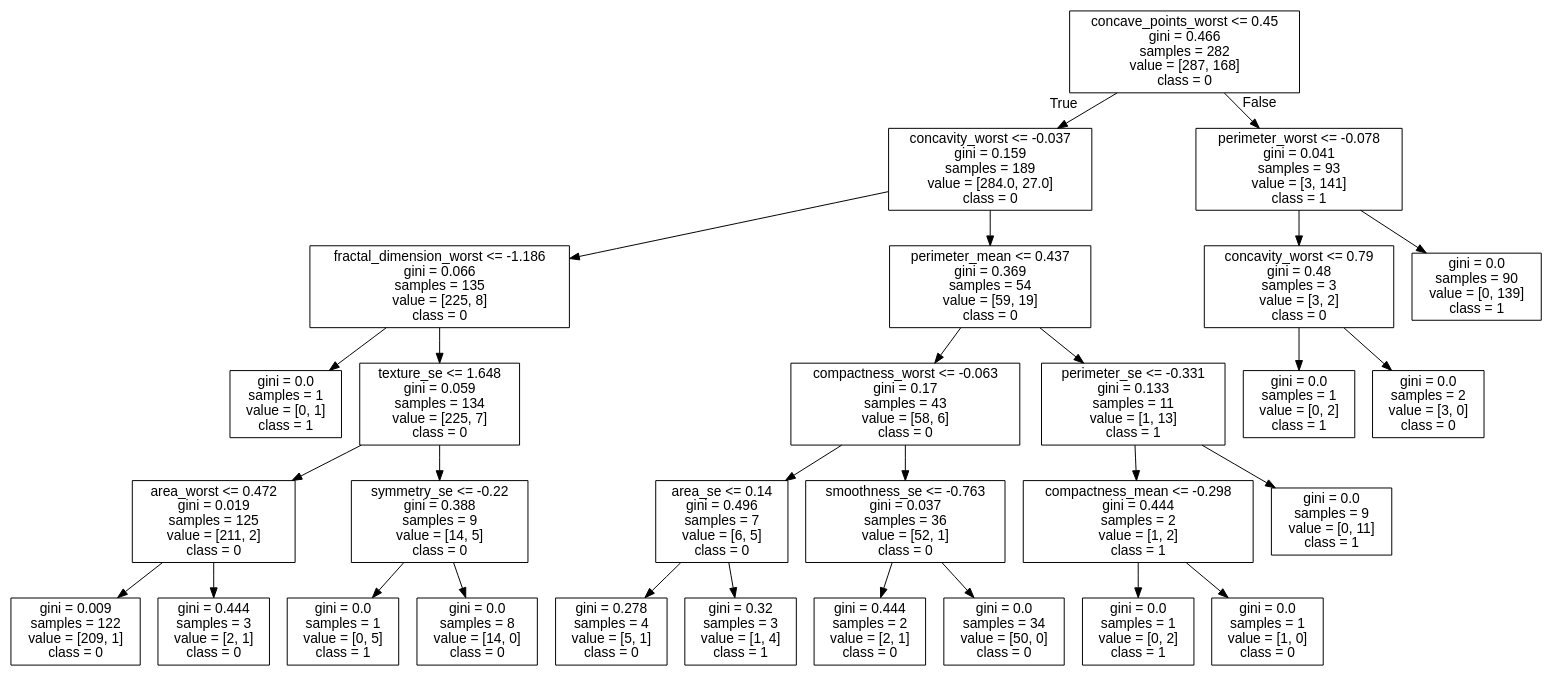
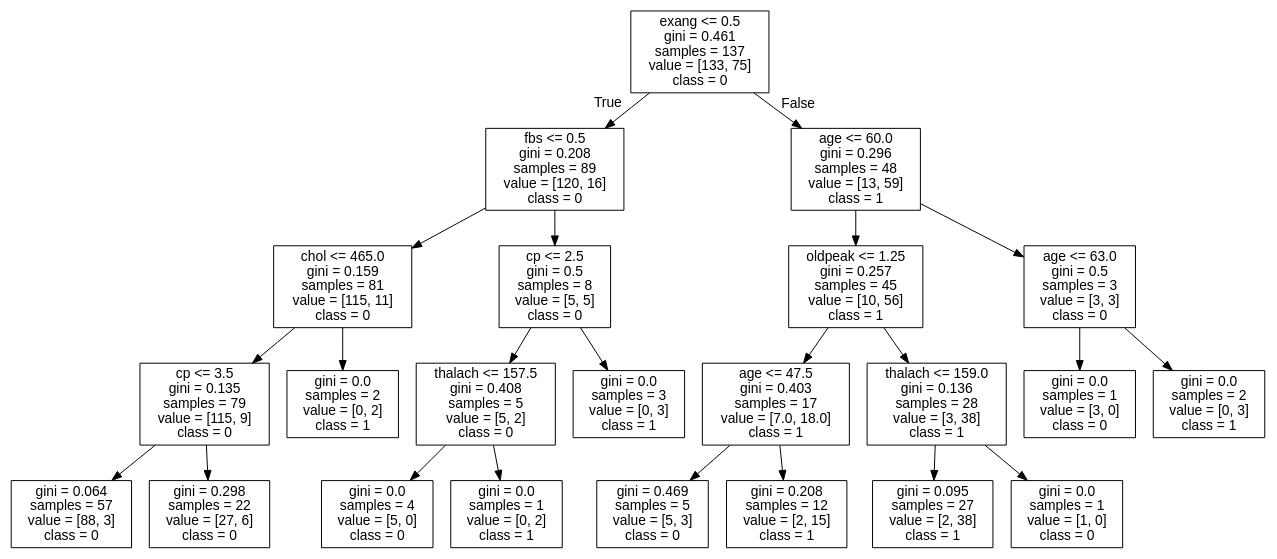
Before and after one commit to cyrilvincent/ML: the diagram in data/breast-cancer/tree.dot, drawn with Graphviz. The commit also changed 1 other file, not shown here.

```diff
--- a/data/breast-cancer/tree.dot
+++ b/data/breast-cancer/tree.dot
@@ -1,61 +1,49 @@
 digraph Tree {
 node [shape=box, fontname="helvetica"] ;
 edge [fontname="helvetica"] ;
-0 [label="concave_points_worst <= 0.45\ngini = 0.466\nsamples = 282\nvalue = [287, 168]\nclass = 0"] ;
-1 [label="concavity_worst <= -0.037\ngini = 0.159\nsamples = 189\nvalue = [284.0, 27.0]\nclass = 0"] ;
+0 [label="exang <= 0.5\ngini = 0.461\nsamples = 137\nvalue = [133, 75]\nclass = 0"] ;
+1 [label="fbs <= 0.5\ngini = 0.208\nsamples = 89\nvalue = [120, 16]\nclass = 0"] ;
 0 -> 1 [labeldistance=2.5, labelangle=45, headlabel="True"] ;
-2 [label="fractal_dimension_worst <= -1.186\ngini = 0.066\nsamples = 135\nvalue = [225, 8]\nclass = 0"] ;
+2 [label="chol <= 465.0\ngini = 0.159\nsamples = 81\nvalue = [115, 11]\nclass = 0"] ;
 1 -> 2 ;
-3 [label="gini = 0.0\nsamples = 1\nvalue = [0, 1]\nclass = 1"] ;
+3 [label="cp <= 3.5\ngini = 0.135\nsamples = 79\nvalue = [115, 9]\nclass = 0"] ;
 2 -> 3 ;
-4 [label="texture_se <= 1.648\ngini = 0.059\nsamples = 134\nvalue = [225, 7]\nclass = 0"] ;
-2 -> 4 ;
-5 [label="area_worst <= 0.472\ngini = 0.019\nsamples = 125\nvalue = [211, 2]\nclass = 0"] ;
-4 -> 5 ;
-6 [label="gini = 0.009\nsamples = 122\nvalue = [209, 1]\nclass = 0"] ;
-5 -> 6 ;
-7 [label="gini = 0.444\nsamples = 3\nvalue = [2, 1]\nclass = 0"] ;
-5 -> 7 ;
-8 [label="symmetry_se <= -0.22\ngini = 0.388\nsamples = 9\nvalue = [14, 5]\nclass = 0"] ;
-4 -> 8 ;
-9 [label="gini = 0.0\nsamples = 1\nvalue = [0, 5]\nclass = 1"] ;
+4 [label="gini = 0.064\nsamples = 57\nvalue = [88, 3]\nclass = 0"] ;
+3 -> 4 ;
+5 [label="gini = 0.298\nsamples = 22\nvalue = [27, 6]\nclass = 0"] ;
+3 -> 5 ;
+6 [label="gini = 0.0\nsamples = 2\nvalue = [0, 2]\nclass = 1"] ;
+2 -> 6 ;
+7 [label="cp <= 2.5\ngini = 0.5\nsamples = 8\nvalue = [5, 5]\nclass = 0"] ;
+1 -> 7 ;
+8 [label="thalach <= 157.5\ngini = 0.408\nsamples = 5\nvalue = [5, 2]\nclass = 0"] ;
+7 -> 8 ;
+9 [label="gini = 0.0\nsamples = 4\nvalue = [5, 0]\nclass = 0"] ;
 8 -> 9 ;
-10 [label="gini = 0.0\nsamples = 8\nvalue = [14, 0]\nclass = 0"] ;
+10 [label="gini = 0.0\nsamples = 1\nvalue = [0, 2]\nclass = 1"] ;
 8 -> 10 ;
-11 [label="perimeter_mean <= 0.437\ngini = 0.369\nsamples = 54\nvalue = [59, 19]\nclass = 0"] ;
-1 -> 11 ;
-12 [label="compactness_worst <= -0.063\ngini = 0.17\nsamples = 43\nvalue = [58, 6]\nclass = 0"] ;
-11 -> 12 ;
-13 [label="area_se <= 0.14\ngini = 0.496\nsamples = 7\nvalue = [6, 5]\nclass = 0"] ;
+11 [label="gini = 0.0\nsamples = 3\nvalue = [0, 3]\nclass = 1"] ;
+7 -> 11 ;
+12 [label="age <= 60.0\ngini = 0.296\nsamples = 48\nvalue = [13, 59]\nclass = 1"] ;
+0 -> 12 [labeldistance=2.5, labelangle=-45, headlabel="False"] ;
+13 [label="oldpeak <= 1.25\ngini = 0.257\nsamples = 45\nvalue = [10, 56]\nclass = 1"] ;
 12 -> 13 ;
-14 [label="gini = 0.278\nsamples = 4\nvalue = [5, 1]\nclass = 0"] ;
+14 [label="age <= 47.5\ngini = 0.403\nsamples = 17\nvalue = [7.0, 18.0]\nclass = 1"] ;
 13 -> 14 ;
-15 [label="gini = 0.32\nsamples = 3\nvalue = [1, 4]\nclass = 1"] ;
-13 -> 15 ;
-16 [label="smoothness_se <= -0.763\ngini = 0.037\nsamples = 36\nvalue = [52, 1]\nclass = 0"] ;
-12 -> 16 ;
-17 [label="gini = 0.444\nsamples = 2\nvalue = [2, 1]\nclass = 0"] ;
-16 -> 17 ;
-18 [label="gini = 0.0\nsamples = 34\nvalue = [50, 0]\nclass = 0"] ;
-16 -> 18 ;
-19 [label="perimeter_se <= -0.331\ngini = 0.133\nsamples = 11\nvalue = [1, 13]\nclass = 1"] ;
-11 -> 19 ;
-20 [label="compactness_mean <= -0.298\ngini = 0.444\nsamples = 2\nvalue = [1, 2]\nclass = 1"] ;
-19 -> 20 ;
-21 [label="gini = 0.0\nsamples = 1\nvalue = [0, 2]\nclass = 1"] ;
+15 [label="gini = 0.469\nsamples = 5\nvalue = [5, 3]\nclass = 0"] ;
+14 -> 15 ;
+16 [label="gini = 0.208\nsamples = 12\nvalue = [2, 15]\nclass = 1"] ;
+14 -> 16 ;
+17 [label="thalach <= 159.0\ngini = 0.136\nsamples = 28\nvalue = [3, 38]\nclass = 1"] ;
+13 -> 17 ;
+18 [label="gini = 0.095\nsamples = 27\nvalue = [2, 38]\nclass = 1"] ;
+17 -> 18 ;
+19 [label="gini = 0.0\nsamples = 1\nvalue = [1, 0]\nclass = 0"] ;
+17 -> 19 ;
+20 [label="age <= 63.0\ngini = 0.5\nsamples = 3\nvalue = [3, 3]\nclass = 0"] ;
+12 -> 20 ;
+21 [label="gini = 0.0\nsamples = 1\nvalue = [3, 0]\nclass = 0"] ;
 20 -> 21 ;
-22 [label="gini = 0.0\nsamples = 1\nvalue = [1, 0]\nclass = 0"] ;
+22 [label="gini = 0.0\nsamples = 2\nvalue = [0, 3]\nclass = 1"] ;
 20 -> 22 ;
-23 [label="gini = 0.0\nsamples = 9\nvalue = [0, 11]\nclass = 1"] ;
-19 -> 23 ;
-24 [label="perimeter_worst <= -0.078\ngini = 0.041\nsamples = 93\nvalue = [3, 141]\nclass = 1"] ;
-0 -> 24 [labeldistance=2.5, labelangle=-45, headlabel="False"] ;
-25 [label="concavity_worst <= 0.79\ngini = 0.48\nsamples = 3\nvalue = [3, 2]\nclass = 0"] ;
-24 -> 25 ;
-26 [label="gini = 0.0\nsamples = 1\nvalue = [0, 2]\nclass = 1"] ;
-25 -> 26 ;
-27 [label="gini = 0.0\nsamples = 2\nvalue = [3, 0]\nclass = 0"] ;
-25 -> 27 ;
-28 [label="gini = 0.0\nsamples = 90\nvalue = [0, 139]\nclass = 1"] ;
-24 -> 28 ;
 }
```
